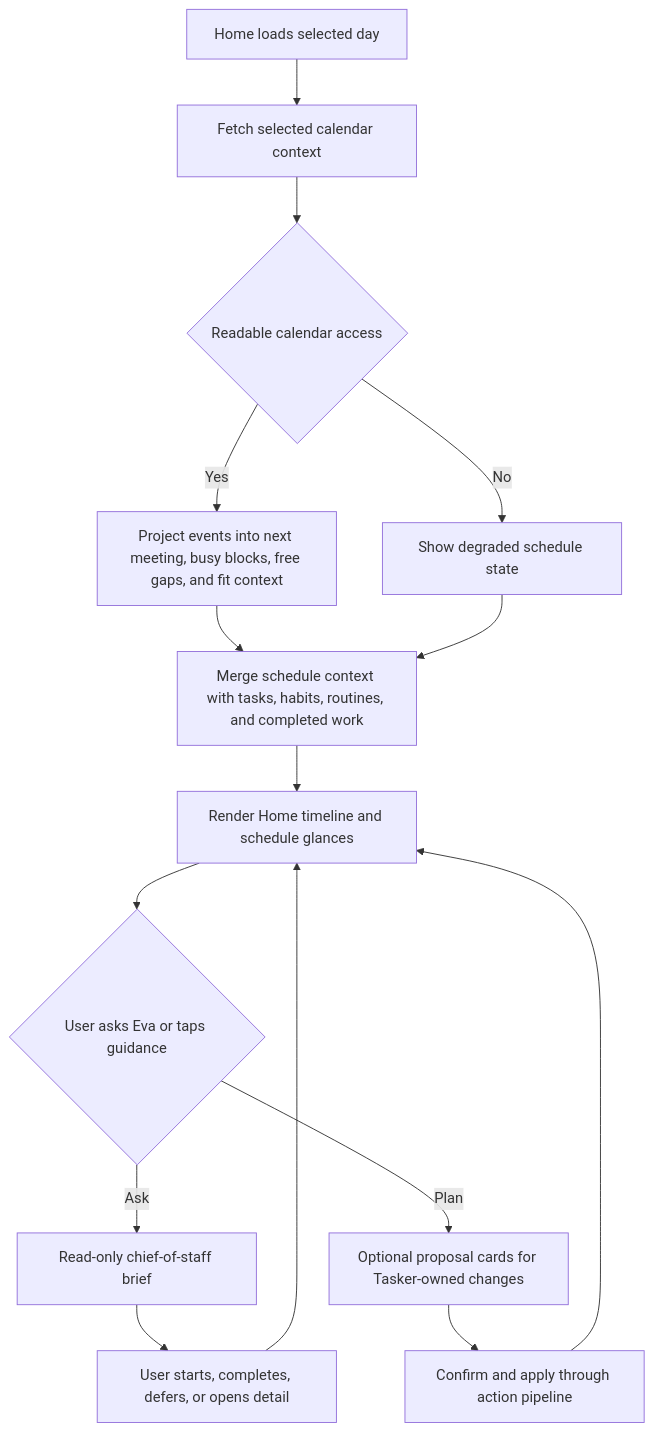
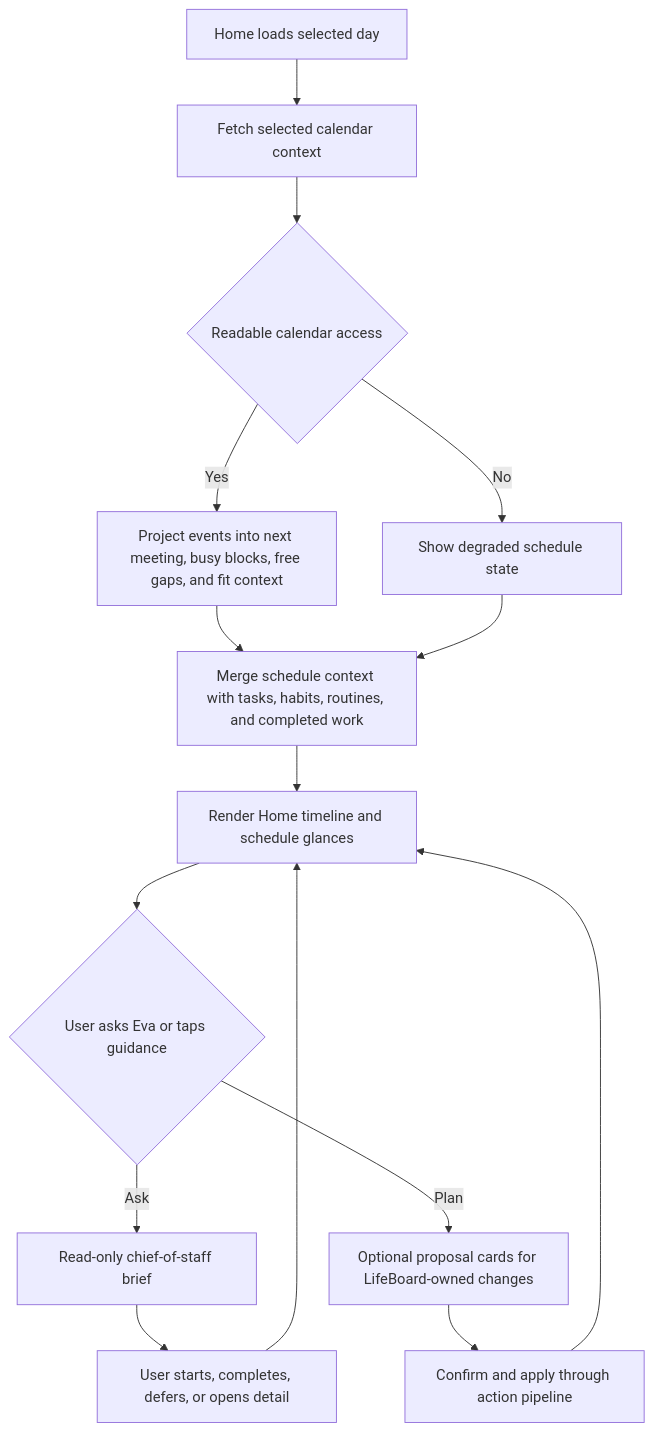
Before and after one commit to Saransh-Sharma/Tasker: the second of 5 diagrams in PRODUCT_REQUIREMENTS_DOCUMENT.md, drawn with Mermaid. The commit also changed other lines of this file and 13 other files, not shown here.

Commit message:
refactor: update remaining files with LifeBoard branding

````diff
--- a/PRODUCT_REQUIREMENTS_DOCUMENT.md
+++ b/PRODUCT_REQUIREMENTS_DOCUMENT.md
@@ -596,17 +596,17 @@
 ```mermaid
 flowchart TD
   A[Home loads selected day] --> B[Fetch selected calendar context]
   B --> C{Readable calendar access}
   C -->|Yes| D[Project events into next meeting, busy blocks, free gaps, and fit context]
   C -->|No| E[Show degraded schedule state]
   D --> F[Merge schedule context with tasks, habits, routines, and completed work]
   E --> F
   F --> G[Render Home timeline and schedule glances]
   G --> H{User asks Eva or taps guidance}
   H -->|Ask| I[Read-only chief-of-staff brief]
-  H -->|Plan| J[Optional proposal cards for Tasker-owned changes]
+  H -->|Plan| J[Optional proposal cards for LifeBoard-owned changes]
   I --> K[User starts, completes, defers, or opens detail]
   J --> L[Confirm and apply through action pipeline]
   K --> G
   L --> G
 ```
````
